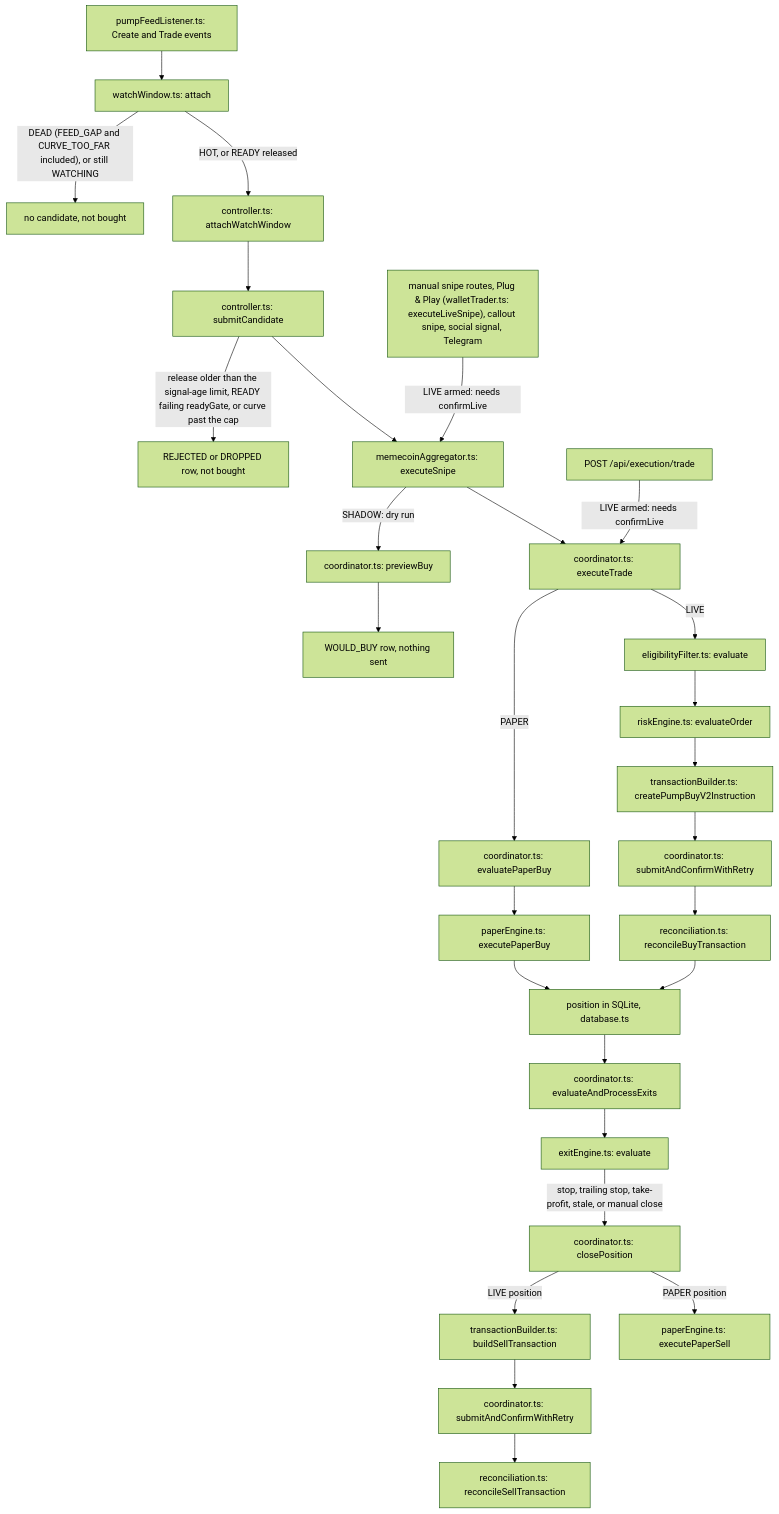
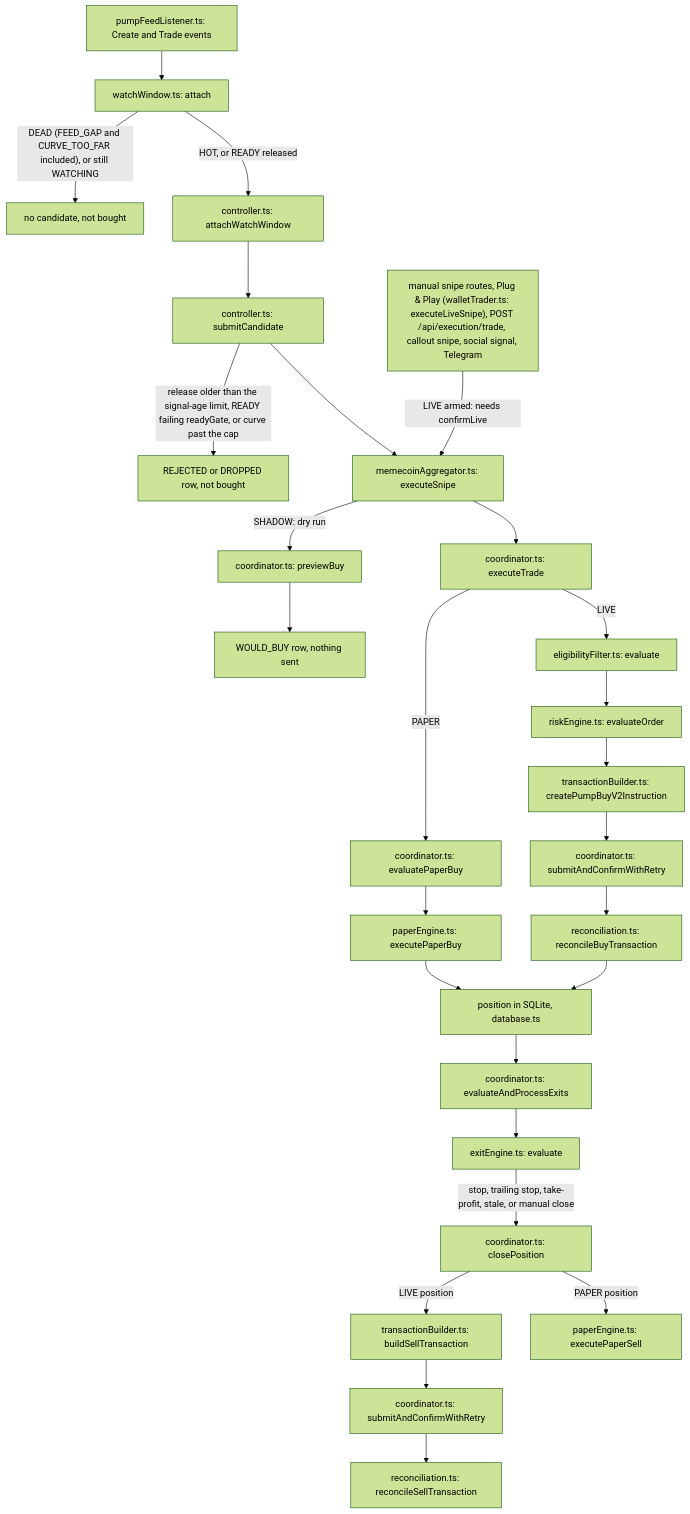
The first of 3 diagrams in docs/ARCHITECTURE.md (ttcdm/hft), drawn with Mermaid (forest theme) before and after one commit. The commit also changed other lines of this file and 3 other files, not shown here.

First line of the commit message:
fix(R5-40): POST /api/execution/trade runs executeSnipe's gates

````diff
--- a/docs/ARCHITECTURE.md
+++ b/docs/ARCHITECTURE.md
@@ -40,30 +40,29 @@
 ```mermaid
 flowchart TD
   feed["pumpFeedListener.ts: Create and Trade events"] --> ww["watchWindow.ts: attach"]
   ww -->|"DEAD (FEED_GAP and CURVE_TOO_FAR included), or still WATCHING"| dropped["no candidate, not bought"]
   ww -->|"HOT, or READY released"| att["controller.ts: attachWatchWindow"]
   att --> sub["controller.ts: submitCandidate"]
   sub -->|"release older than the signal-age limit, READY failing readyGate, or curve past the cap"| refused["REJECTED or DROPPED row, not bought"]
   sub --> snipe["memecoinAggregator.ts: executeSnipe"]
-  manual["manual snipe routes, Plug & Play (walletTrader.ts: executeLiveSnipe), callout snipe, social signal, Telegram"] -->|"LIVE armed: needs confirmLive"| snipe
+  manual["manual snipe routes, Plug & Play (walletTrader.ts: executeLiveSnipe), POST /api/execution/trade, callout snipe, social signal, Telegram"] -->|"LIVE armed: needs confirmLive"| snipe
   snipe -->|"SHADOW: dry run"| prev["coordinator.ts: previewBuy"]
   prev --> would["WOULD_BUY row, nothing sent"]
   snipe --> exec["coordinator.ts: executeTrade"]
-  direct["POST /api/execution/trade"] -->|"LIVE armed: needs confirmLive"| exec
   exec -->|"PAPER"| pgate["coordinator.ts: evaluatePaperBuy"]
   pgate --> pfill["paperEngine.ts: executePaperBuy"]
   exec -->|"LIVE"| elig["eligibilityFilter.ts: evaluate"]
   elig --> risk["riskEngine.ts: evaluateOrder"]
   risk --> build["transactionBuilder.ts: createPumpBuyV2Instruction"]
   build --> send["coordinator.ts: submitAndConfirmWithRetry"]
   send --> recon["reconciliation.ts: reconcileBuyTransaction"]
   pfill --> pos["position in SQLite, database.ts"]
   recon --> pos
   pos --> exits["coordinator.ts: evaluateAndProcessExits"]
   exits --> rule["exitEngine.ts: evaluate"]
   rule -->|"stop, trailing stop, take-profit, stale, or manual close"| close["coordinator.ts: closePosition"]
   close -->|"LIVE position"| sbuild["transactionBuilder.ts: buildSellTransaction"]
   sbuild --> ssend["coordinator.ts: submitAndConfirmWithRetry"]
   ssend --> sell["reconciliation.ts: reconcileSellTransaction"]
   close -->|"PAPER position"| psell["paperEngine.ts: executePaperSell"]
 ```
````
